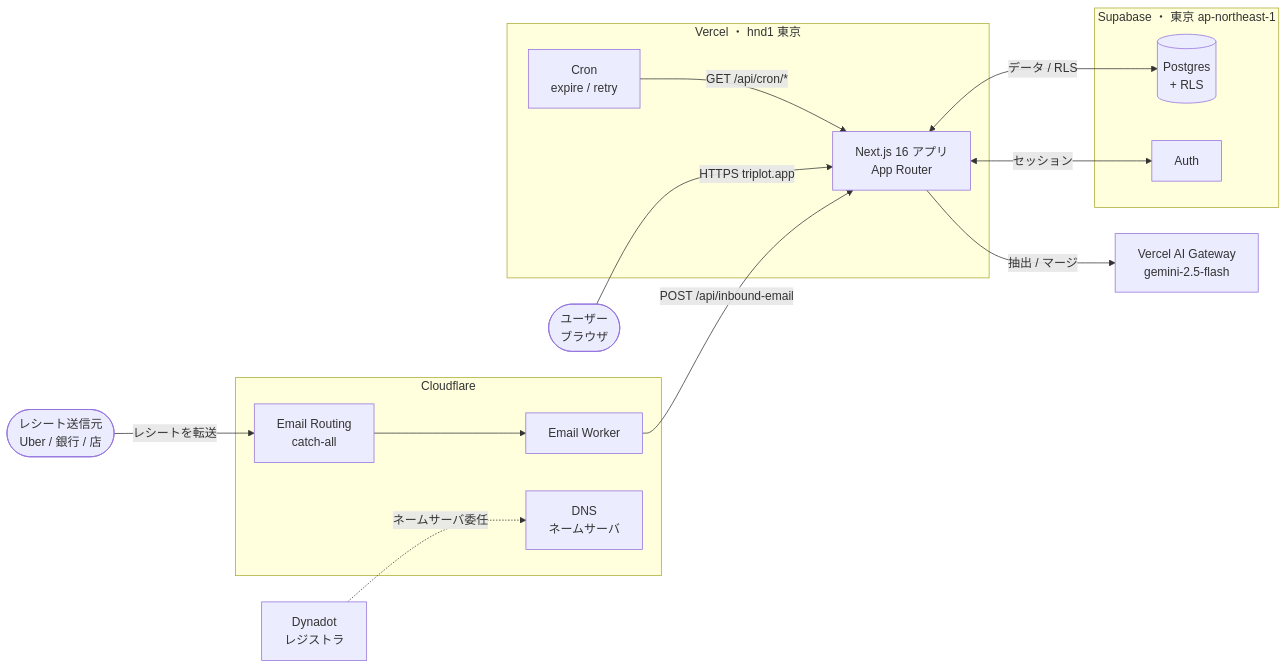
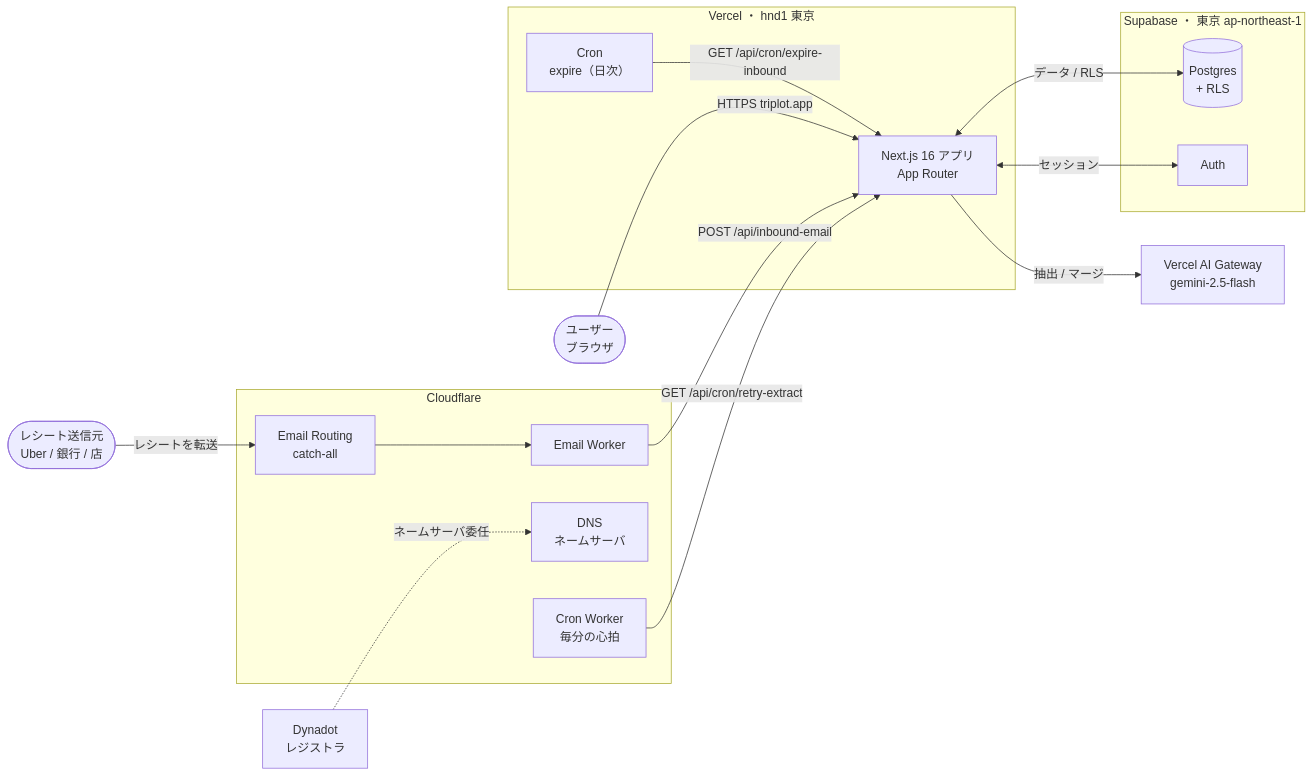
One commit to shidetake/triplot changed the diagram in docs/architecture.md. Above: the diagram before and after it, drawn with Mermaid. The commit also changed other lines of this file and 5 other files, not shown here.

First line of the commit message:
リトライを Cloudflare 毎分 cron＋Retry-After 駆動に再設計

````diff
--- a/docs/architecture.md
+++ b/docs/architecture.md
@@ -8,35 +8,37 @@
 ```mermaid
 flowchart LR
   user([ユーザー<br/>ブラウザ])
   store([レシート送信元<br/>Uber / 銀行 / 店])
 
   dynadot[Dynadot<br/>レジストラ]
 
   subgraph cf[Cloudflare]
     dns[DNS<br/>ネームサーバ]
     email[Email Routing<br/>catch-all]
     worker[Email Worker]
+    heartbeat[Cron Worker<br/>毎分の心拍]
   end
 
   subgraph vercel[Vercel ・ hnd1 東京]
     app[Next.js 16 アプリ<br/>App Router]
-    cron[Cron<br/>expire / retry]
+    cron[Cron<br/>expire（日次）]
   end
 
   subgraph supa[Supabase ・ 東京 ap-northeast-1]
     pg[(Postgres<br/>+ RLS)]
     auth[Auth]
   end
 
   gw[Vercel AI Gateway<br/>gemini-2.5-flash]
 
   dynadot -. ネームサーバ委任 .-> dns
   user -->|HTTPS triplot.app| app
   app <-->|データ / RLS| pg
   app <-->|セッション| auth
   store -->|レシートを転送| email
   email --> worker
   worker -->|POST /api/inbound-email| app
   app -->|抽出 / マージ| gw
-  cron -->|GET /api/cron/*| app
+  cron -->|GET /api/cron/expire-inbound| app
+  heartbeat -->|GET /api/cron/retry-extract| app
 ```
````
